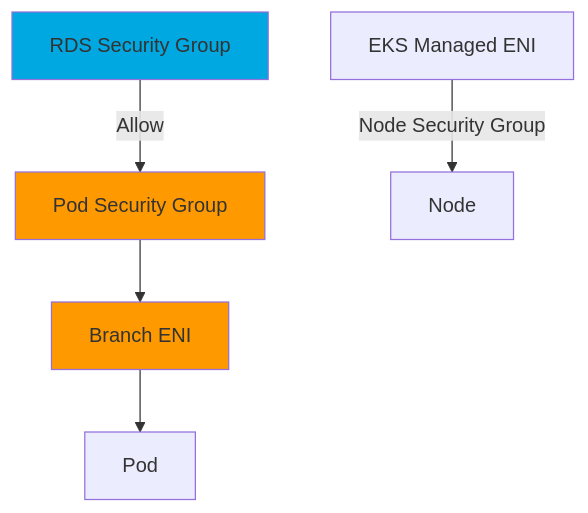
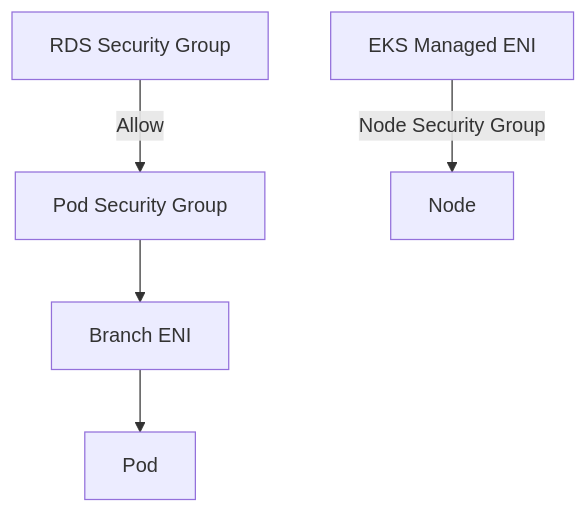
The fifth of 25 diagrams in docs/eks/week2-networking.md (juwon8891/juwon8891.github.io), drawn with Mermaid before and after one commit. The commit also changed other lines of this file and 18 other files, not shown here.

Commit message:
Remove bright colors from Mermaid diagrams for dark mode compatibility

````diff
--- a/docs/eks/week2-networking.md
+++ b/docs/eks/week2-networking.md
@@ -196,12 +190,9 @@
 ```mermaid
 graph TB
     A[RDS Security Group] -->|Allow| B[Pod Security Group]
     B --> C[Branch ENI]
     C --> D[Pod]
 
     E[EKS Managed ENI] -->|Node Security Group| F[Node]
 
-    style A fill:#00a8e1
-    style B fill:#ff9900
-    style C fill:#ff9900
 ```
````
